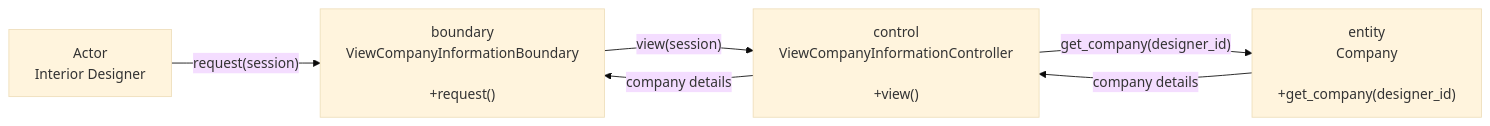
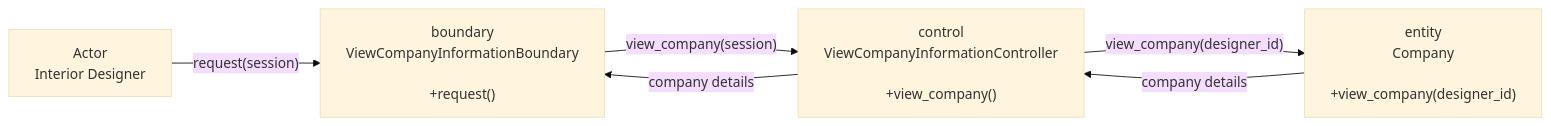
One commit to boyinapuddle/CSIT314-Chinese changed the first of 2 diagrams in diagrams/US14_View_Company_Information/README.md. Above: the diagram before and after it, drawn with Mermaid (base theme). The commit also changed other lines of this file and 140 other files, not shown here.

Commit message:
made controller and entity method names the same

````diff
--- a/diagrams/US14_View_Company_Information/README.md
+++ b/diagrams/US14_View_Company_Information/README.md
@@ -5,12 +5,12 @@
 ```mermaid
 flowchart LR
     N0["Actor<br/>Interior Designer"]
     N1["boundary<br/>ViewCompanyInformationBoundary<br/><br/>+request()"]
-    N2["control<br/>ViewCompanyInformationController<br/><br/>+view()"]
-    N3["entity<br/>Company<br/><br/>+get_company(designer_id)"]
+    N2["control<br/>ViewCompanyInformationController<br/><br/>+view_company()"]
+    N3["entity<br/>Company<br/><br/>+view_company(designer_id)"]
     N0 -->|"request(session)"| N1
-    N1 -->|"view(session)"| N2
-    N2 -->|"get_company(designer_id)"| N3
+    N1 -->|"view_company(session)"| N2
+    N2 -->|"view_company(designer_id)"| N3
     N3 -->|"company details"| N2
     N2 -->|"company details"| N1
 ```
````
